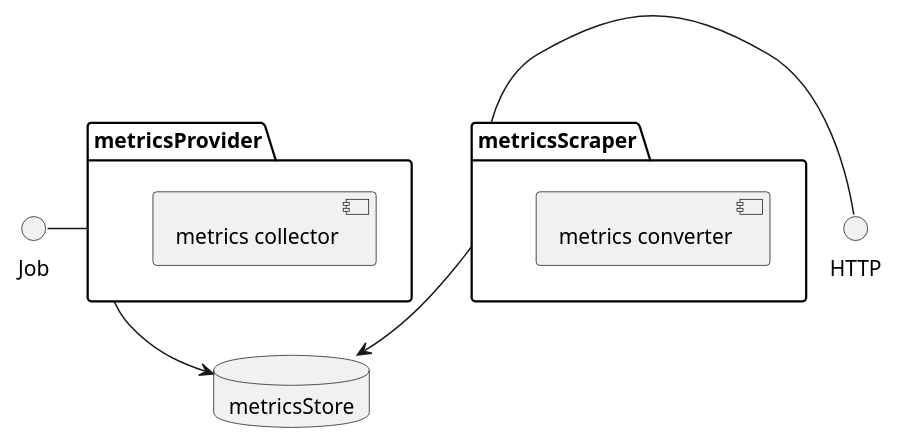
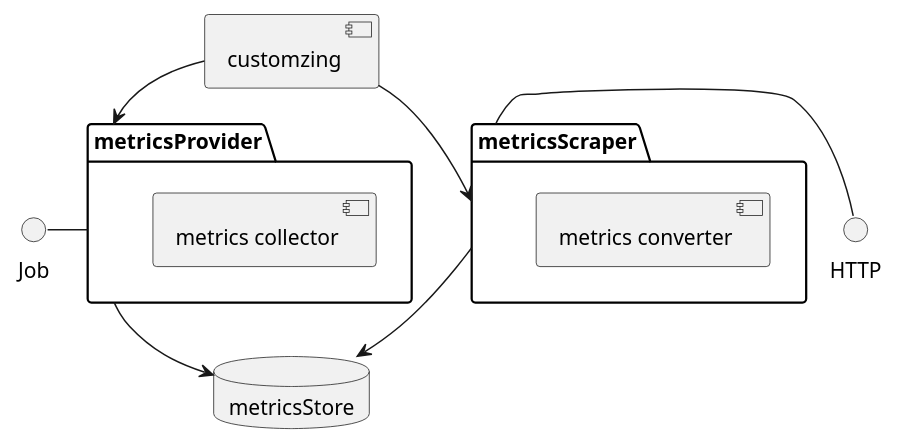
Before and after one commit to abap-observability-tools/abap-metrics-provider: the diagram in architecture/architecture_component.plantuml, drawn with PlantUML. The commit also changed 1 other file, not shown here.

Commit message:
added component customizing in architecture UML

```diff
--- a/architecture/architecture_component.plantuml
+++ b/architecture/architecture_component.plantuml
@@ -1,18 +1,20 @@
 @startuml component_diagram
 
 Job - metricsProvider
 HTTP - metricsScraper
 metricsProvider --> metricsStore
 metricsScraper --> metricsStore 
+[customzing] --> metricsProvider
+[customzing] --> metricsScraper
 package "metricsProvider" {
   [metrics collector] 
 }
 
 package "metricsScraper" {
   [metrics converter]
 }
 
 database "metricsStore" { 
 
 }
 @enduml
```
